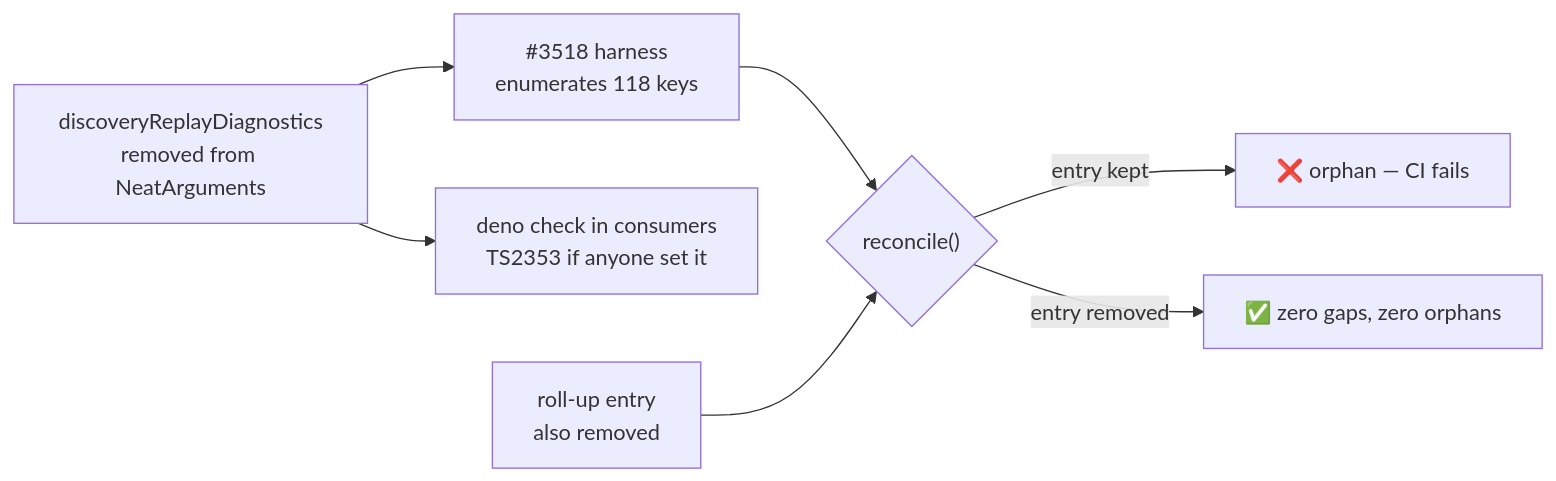
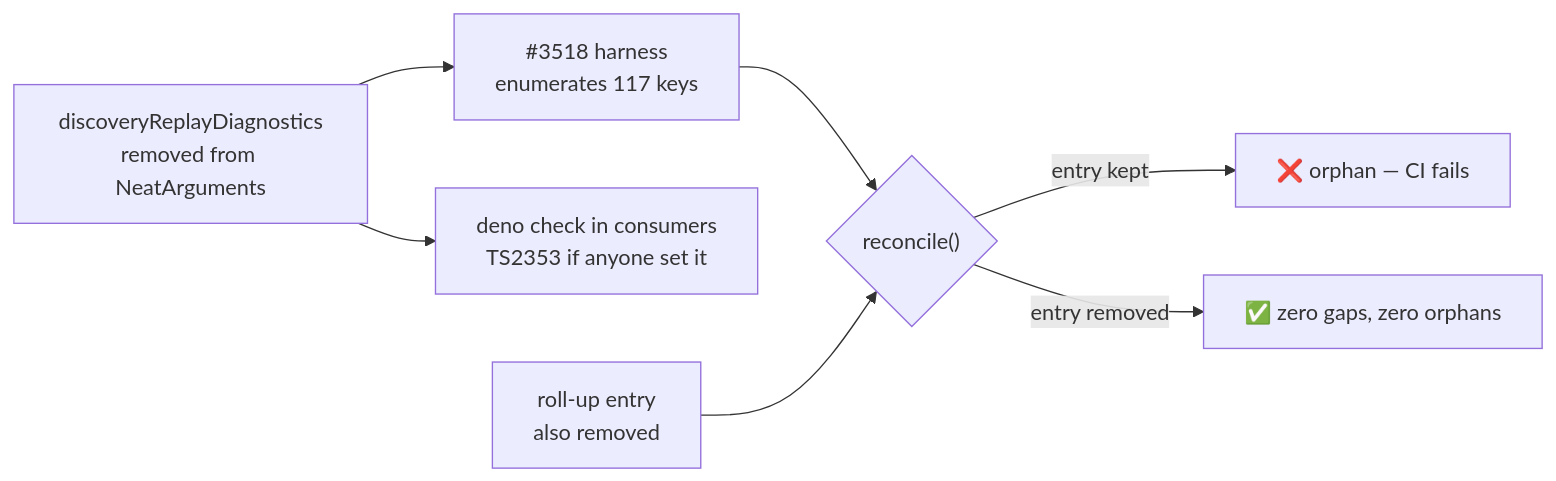
Before and after one commit to stSoftwareAU/NEAT-AI: the diagram in docs/archive/pr-summaries/pr-summary-3556.md, drawn with Mermaid. The commit also changed other lines of this file and 1 other file, not shown here.

````diff
--- a/docs/archive/pr-summaries/pr-summary-3556.md
+++ b/docs/archive/pr-summaries/pr-summary-3556.md
@@ -56,9 +56,9 @@
 ```mermaid
 flowchart LR
-    K["discoveryReplayDiagnostics<br/>removed from NeatArguments"] --> H["#3518 harness<br/>enumerates 118 keys"]
+    K["discoveryReplayDiagnostics<br/>removed from NeatArguments"] --> H["#3518 harness<br/>enumerates 117 keys"]
     K --> C["deno check in consumers<br/>TS2353 if anyone set it"]
     H --> R{"reconcile()"}
     T["roll-up entry<br/>also removed"] --> R
     R -->|"entry kept"| O["❌ orphan — CI fails"]
     R -->|"entry removed"| OK["✅ zero gaps, zero orphans"]
 ```
````
